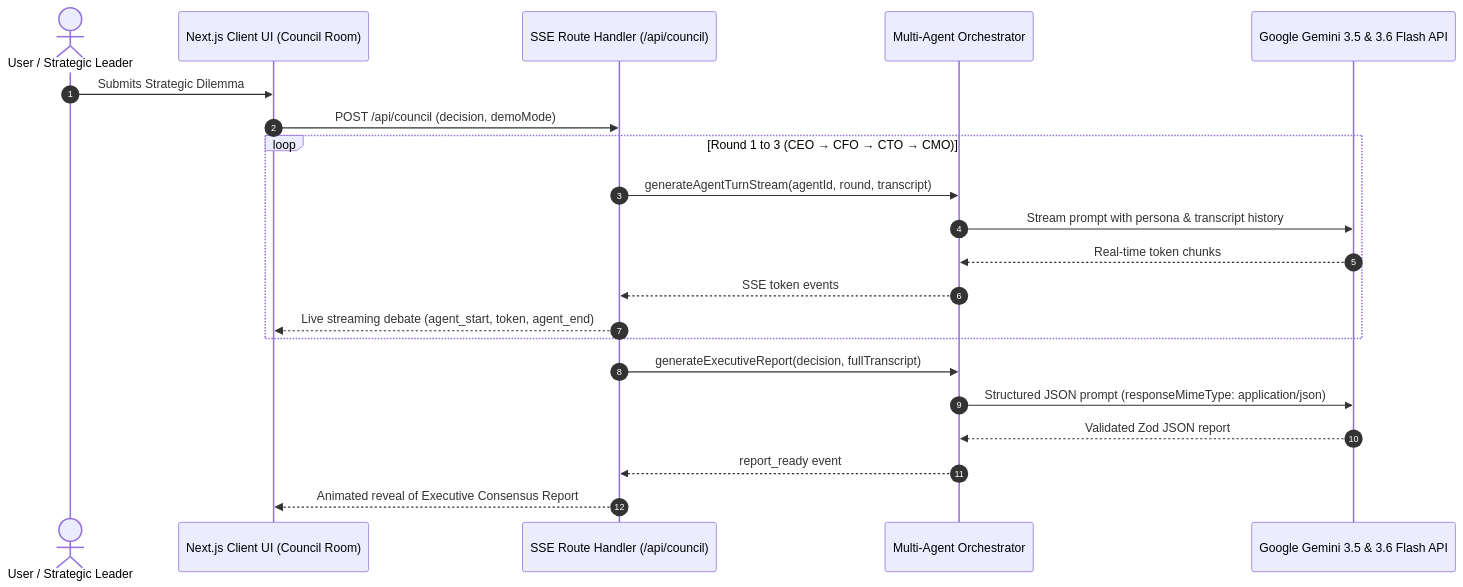
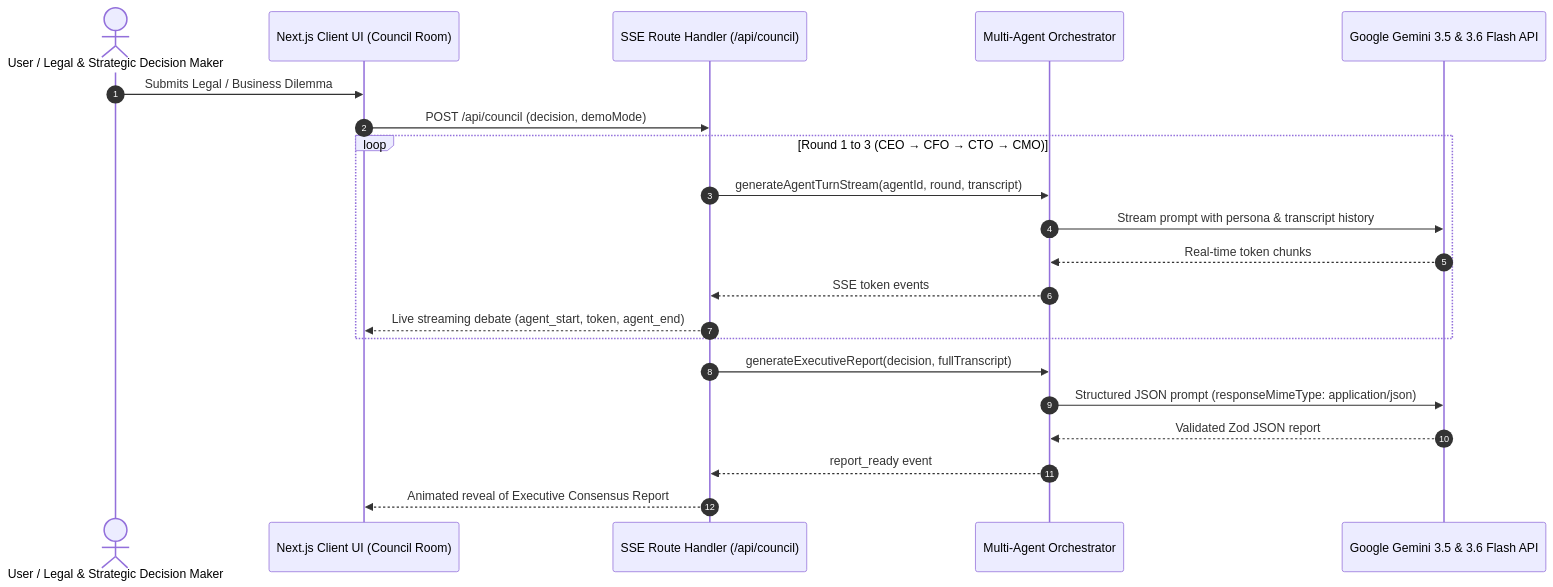
One commit to Unique-exe19/CouncilAI- changed the diagram in README.md. Above: the diagram before and after it, drawn with Mermaid. The commit also changed other lines of this file and 4 other files, not shown here.

````diff
--- a/README.md
+++ b/README.md
@@ -40,26 +44,26 @@
 ```mermaid
 sequenceDiagram
     autonumber
-    actor User as User / Strategic Leader
+    actor User as User / Legal & Strategic Decision Maker
     participant UI as Next.js Client UI (Council Room)
     participant Route as SSE Route Handler (/api/council)
     participant Orch as Multi-Agent Orchestrator
     participant Gemini as Google Gemini 3.5 & 3.6 Flash API
 
-    User->>UI: Submits Strategic Dilemma
+    User->>UI: Submits Legal / Business Dilemma
     UI->>Route: POST /api/council (decision, demoMode)
     
     loop Round 1 to 3 (CEO → CFO → CTO → CMO)
         Route->>Orch: generateAgentTurnStream(agentId, round, transcript)
         Orch->>Gemini: Stream prompt with persona & transcript history
         Gemini-->>Orch: Real-time token chunks
         Orch-->>Route: SSE token events
         Route-->>UI: Live streaming debate (agent_start, token, agent_end)
     end
 
     Route->>Orch: generateExecutiveReport(decision, fullTranscript)
     Orch->>Gemini: Structured JSON prompt (responseMimeType: application/json)
     Gemini-->>Orch: Validated Zod JSON report
     Orch-->>Route: report_ready event
     Route-->>UI: Animated reveal of Executive Consensus Report
 ```
````
